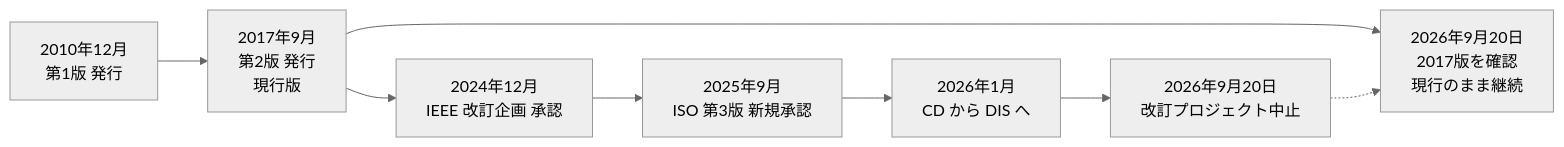
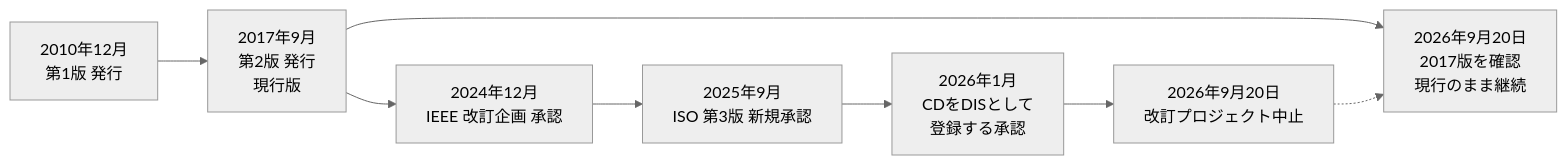
One commit to myoshi2891/Quality-Assurance-Studies changed the ninth of 13 diagrams in Iso-iec-ieee-24765-2017-guide.md. Above: the diagram before and after it, drawn with Mermaid (neutral theme). The commit also changed other lines of this file, not shown here.

````diff
--- a/Iso-iec-ieee-24765-2017-guide.md
+++ b/Iso-iec-ieee-24765-2017-guide.md
@@ -298,10 +307,10 @@
 ```mermaid
 flowchart LR
     V1["2010年12月<br/>第1版 発行"] --> V2["2017年9月<br/>第2版 発行<br/>現行版"]
     V2 --> P1["2024年12月<br/>IEEE 改訂企画 承認"]
     P1 --> P2["2025年9月<br/>ISO 第3版 新規承認"]
-    P2 --> P3["2026年1月<br/>CD から DIS へ"]
+    P2 --> P3["2026年1月<br/>CDをDISとして<br/>登録する承認"]
     P3 --> P4["2026年9月20日<br/>改訂プロジェクト中止"]
     V2 --> P5["2026年9月20日<br/>2017版を確認<br/>現行のまま継続"]
     P4 -.-> P5
 ```
````
